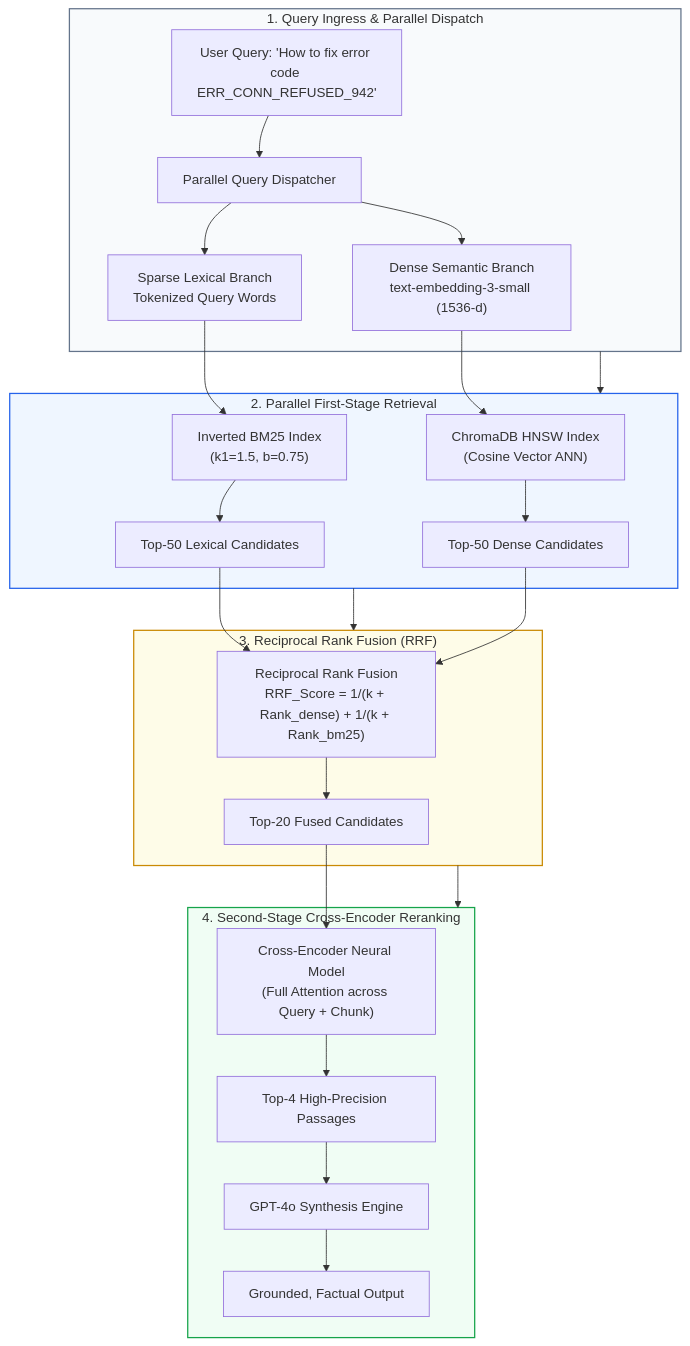
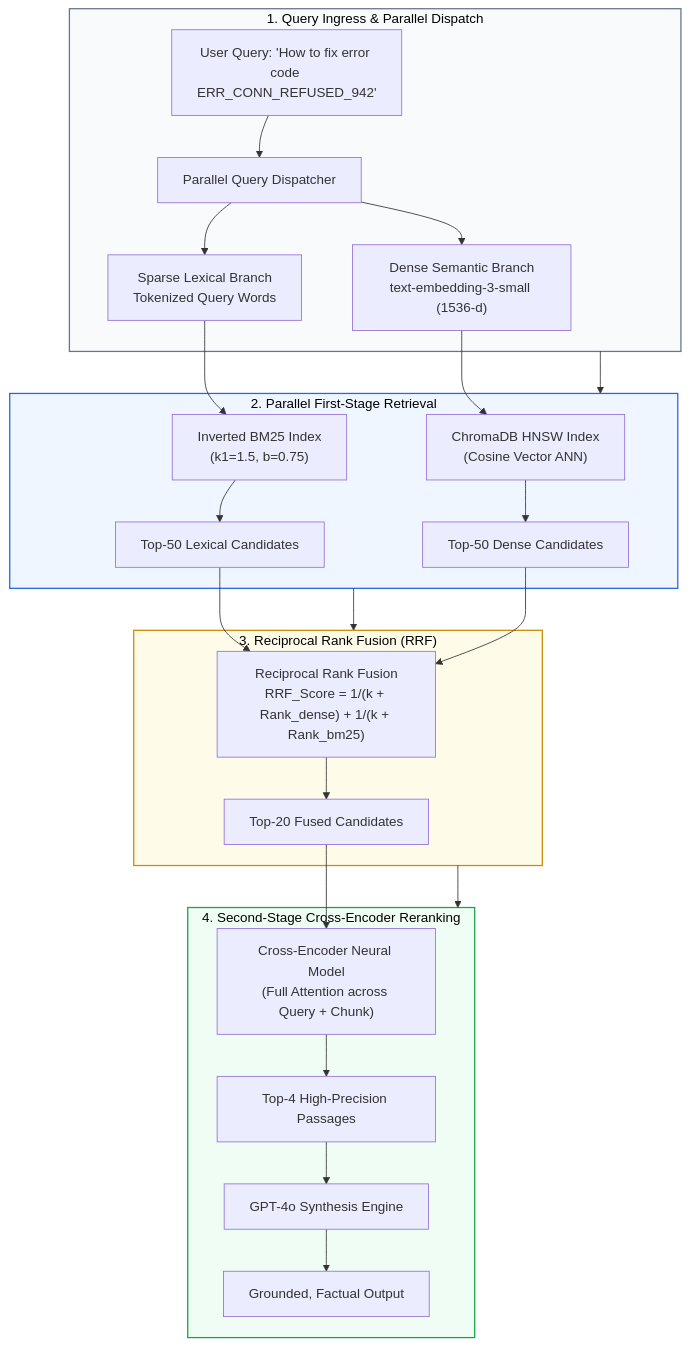
The first of 3 diagrams in 10-Hands-On-Projects/08-Hybrid-Search-RAG/README.md (swapnil3104/RAG-Engineering), drawn with Mermaid before and after one commit. The commit also changed other lines of this file and 108 other files, not shown here.

Commit message:
fix: make chart text visible across all Mermaid diagrams and resolve markdown table formatting issues

````diff
--- a/10-Hands-On-Projects/08-Hybrid-Search-RAG/README.md
+++ b/10-Hands-On-Projects/08-Hybrid-Search-RAG/README.md
@@ -25,35 +25,35 @@
 ```mermaid
 flowchart TD
     subgraph QueryIngress ["1. Query Ingress & Parallel Dispatch"]
         UserQuery["User Query: 'How to fix error code ERR_CONN_REFUSED_942'"] --> Fork["Parallel Query Dispatcher"]
         Fork --> SparseBranch["Sparse Lexical Branch<br/>Tokenized Query Words"]
         Fork --> DenseBranch["Dense Semantic Branch<br/>text-embedding-3-small (1536-d)"]
     end
 
     subgraph DualRetrieval ["2. Parallel First-Stage Retrieval"]
         SparseBranch --> BM25Engine["Inverted BM25 Index<br/>(k1=1.5, b=0.75)"]
         DenseBranch --> HNSWEngine["ChromaDB HNSW Index<br/>(Cosine Vector ANN)"]
         BM25Engine --> BM25List["Top-50 Lexical Candidates"]
         HNSWEngine --> HNSWList["Top-50 Dense Candidates"]
     end
 
     subgraph FusionStage ["3. Reciprocal Rank Fusion (RRF)"]
         BM25List --> RRFBlock["Reciprocal Rank Fusion<br/>RRF_Score = 1/(k + Rank_dense) + 1/(k + Rank_bm25)"]
         HNSWList --> RRFBlock
         RRFBlock --> TopMerged["Top-20 Fused Candidates"]
     end
 
     subgraph NeuralRerank ["4. Second-Stage Cross-Encoder Reranking"]
         TopMerged --> CrossEncoder["Cross-Encoder Neural Model<br/>(Full Attention across Query + Chunk)"]
         CrossEncoder --> TopFiltered["Top-4 High-Precision Passages"]
         TopFiltered --> LLM["GPT-4o Synthesis Engine"]
         LLM --> FinalAnswer["Grounded, Factual Output"]
     end
 
     QueryIngress --> DualRetrieval --> FusionStage --> NeuralRerank
 
-    style QueryIngress fill:#f8fafc,stroke:#64748b,stroke-width:1.5px
-    style DualRetrieval fill:#eff6ff,stroke:#2563eb,stroke-width:1.5px
-    style FusionStage fill:#fefce8,stroke:#ca8a04,stroke-width:1.5px
-    style NeuralRerank fill:#f0fdf4,stroke:#16a34a,stroke-width:1.5px
+    style QueryIngress fill:#f8fafc,stroke:#64748b,stroke-width:1.5px,color:#000000
+    style DualRetrieval fill:#eff6ff,stroke:#2563eb,stroke-width:1.5px,color:#000000
+    style FusionStage fill:#fefce8,stroke:#ca8a04,stroke-width:1.5px,color:#000000
+    style NeuralRerank fill:#f0fdf4,stroke:#16a34a,stroke-width:1.5px,color:#000000
 ```
````
